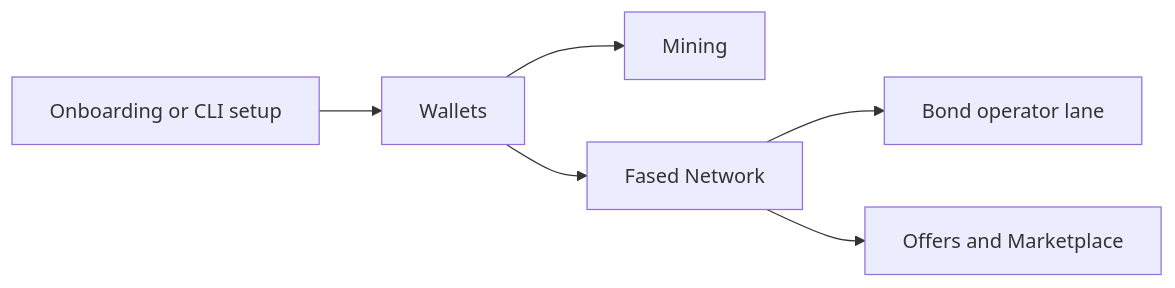
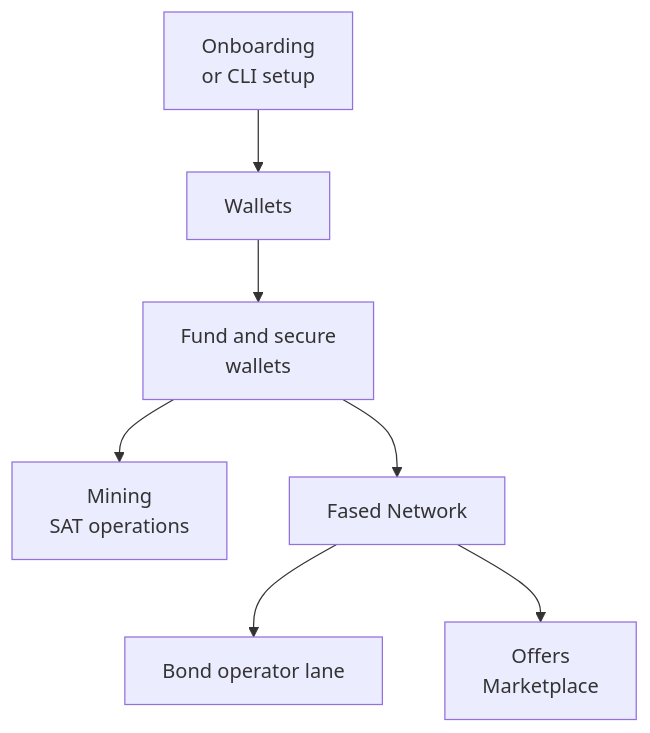
One commit to fased-ai/fased changed the diagram in docs/plugins/crypto/wallet-page.md. Above: the diagram before and after it, drawn with Mermaid. The commit also changed other lines of this file and 264 other files, not shown here.

````diff
--- a/docs/plugins/crypto/wallet-page.md
+++ b/docs/plugins/crypto/wallet-page.md
@@ -35,8 +49,9 @@
 ```mermaid
-flowchart LR
-    Onboard[Onboarding or CLI setup] --> Wallets[Wallets]
-    Wallets --> Mining[Mining]
-    Wallets --> Network[Fased Network]
-    Network --> Bond[Bond operator lane]
-    Network --> Offers[Offers and Marketplace]
+flowchart TD
+    Setup["Onboarding<br/>or CLI setup"] --> Wallets["Wallets"]
+    Wallets --> Funding["Fund and secure<br/>wallets"]
+    Funding --> Mining["Mining<br/>SAT operations"]
+    Funding --> Network["Fased Network"]
+    Network --> Bond["Bond operator lane"]
+    Network --> Offers["Offers<br/>Marketplace"]
 ```
````
